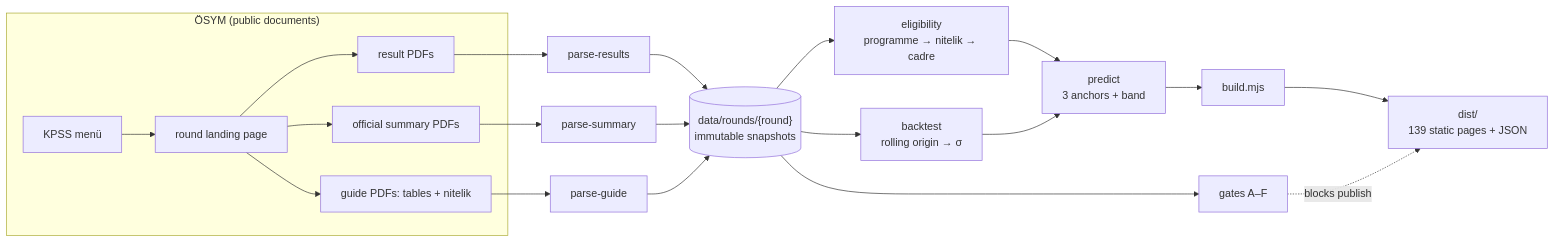
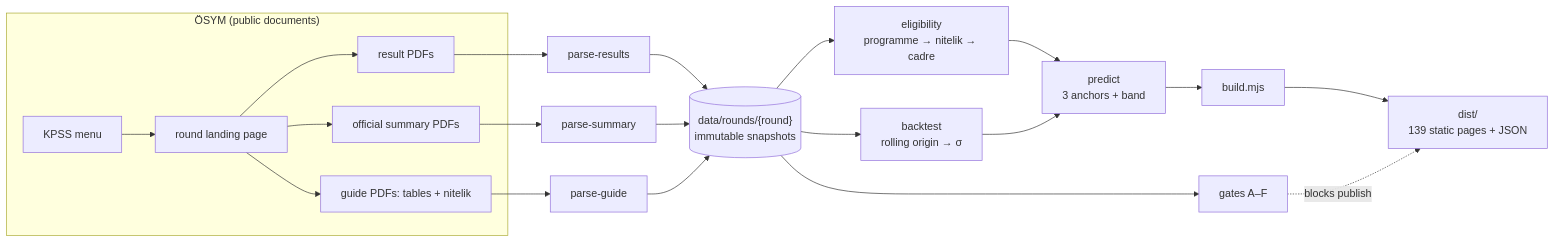
One commit to bahattinercan/tercihpusula changed the first of 2 diagrams in README.md. Above: the diagram before and after it, drawn with Mermaid. The commit also changed other lines of this file and 1 other file, not shown here.

First line of the commit message:
docs: rewrite the README as a bilingual project page

````diff
--- a/README.md
+++ b/README.md
@@ -45,23 +53,23 @@
 ```mermaid
 flowchart LR
   subgraph OSYM["ÖSYM (public documents)"]
-    M[KPSS menü] --> L[round landing page]
+    M[KPSS menu] --> L[round landing page]
     L --> R[result PDFs]
     L --> G[guide PDFs: tables + nitelik]
     L --> S[official summary PDFs]
   end
   R --> P1[parse-results]
   S --> P2[parse-summary]
   G --> P3[parse-guide]
   P1 --> D[("data/rounds/{round}<br/>immutable snapshots")]
   P2 --> D
   P3 --> D
   D --> E[eligibility<br/>programme → nitelik → cadre]
   D --> B[backtest<br/>rolling origin → σ]
   E --> PR[predict<br/>3 anchors + band]
   B --> PR
   PR --> W[build.mjs]
   W --> OUT[dist/<br/>139 static pages + JSON]
   D --> GA[gates A–F]
   GA -.blocks publish.-> OUT
 ```
````
